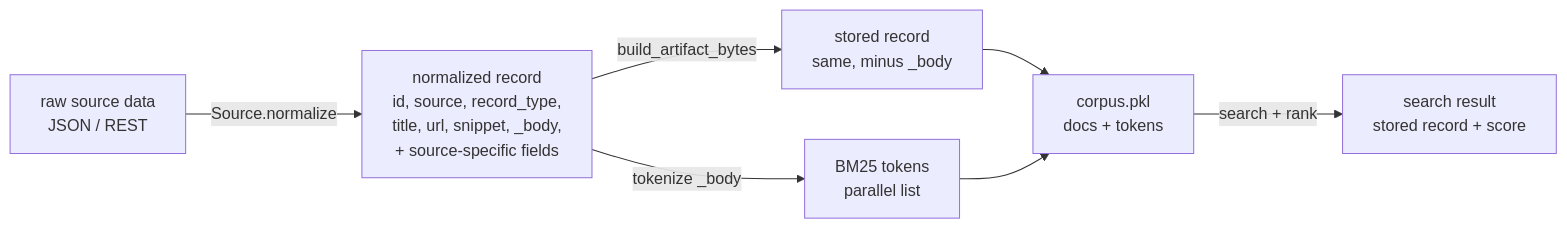
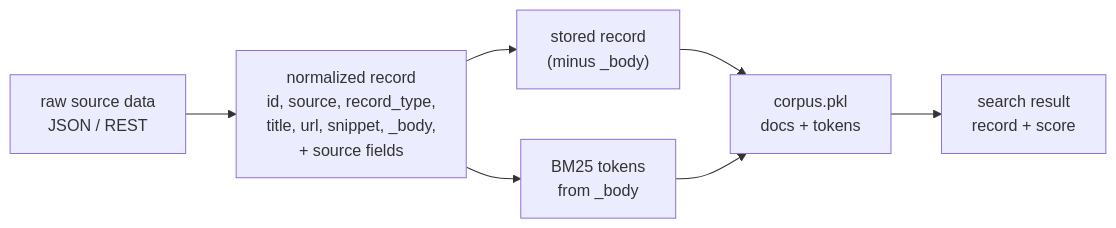
The fifth of 5 diagrams in docs/architecture.md (SteveCInVA/AllofUs-Agent), drawn with Mermaid before and after one commit. The commit also changed other lines of this file, not shown here.

First line of the commit message:
Reduce edge crossings in architecture diagrams

````diff
--- a/docs/architecture.md
+++ b/docs/architecture.md
@@ -140,9 +149,9 @@
 ```mermaid
 flowchart LR
-    RAW["raw source data<br/>JSON / REST"] -->|"Source.normalize"| NORM["normalized record<br/>id, source, record_type,<br/>title, url, snippet, _body,<br/>+ source-specific fields"]
-    NORM -->|"build_artifact_bytes"| STORE["stored record<br/>same, minus _body"]
-    NORM -->|"tokenize _body"| TOK["BM25 tokens<br/>parallel list"]
+    RAW["raw source data<br/>JSON / REST"] --> NORM["normalized record<br/>id, source, record_type,<br/>title, url, snippet, _body,<br/>+ source fields"]
+    NORM --> STORE["stored record<br/>(minus _body)"]
+    NORM --> TOK["BM25 tokens<br/>from _body"]
     STORE --> CORP["corpus.pkl<br/>docs + tokens"]
     TOK --> CORP
-    CORP -->|"search + rank"| HIT["search result<br/>stored record + score"]
+    CORP --> HIT["search result<br/>record + score"]
 ```
````
